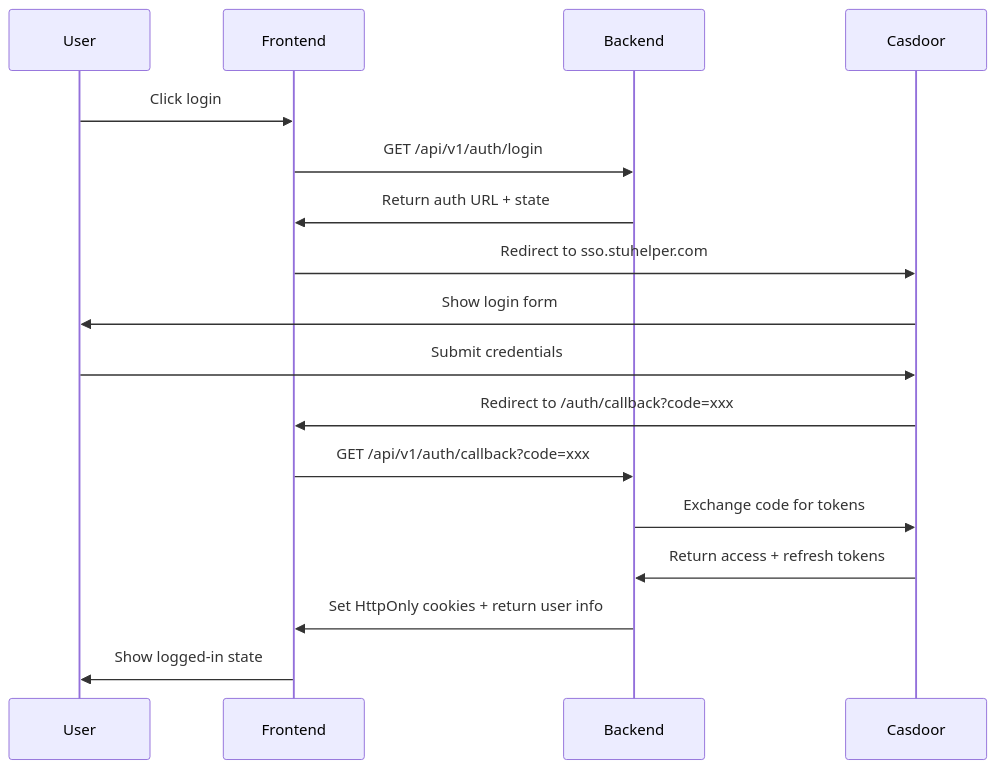
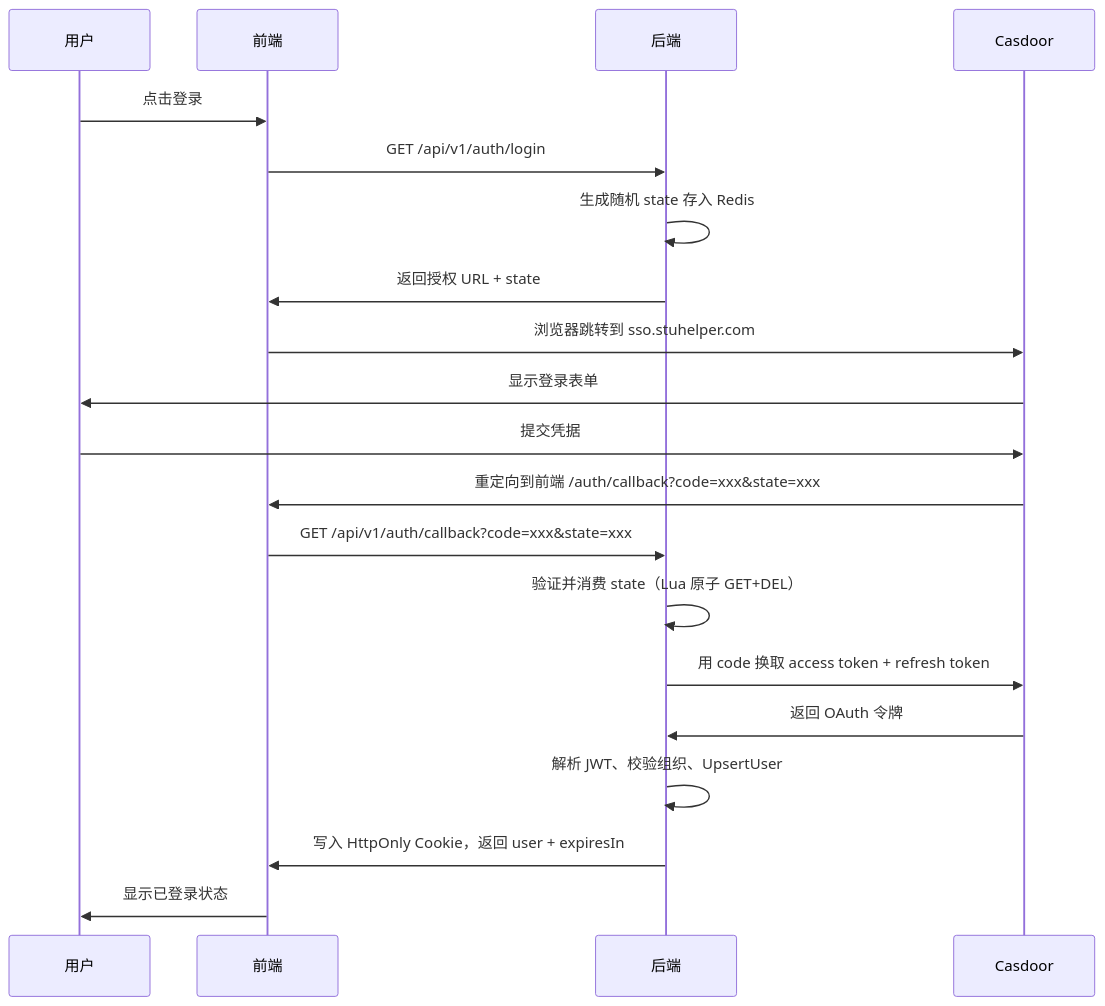
The diagram in docs/modules/auth/README.md (StuHelper/StuHelper), drawn with Mermaid before and after one commit. The commit also changed other lines of this file and 51 other files, not shown here.

````diff
--- a/docs/modules/auth/README.md
+++ b/docs/modules/auth/README.md
@@ -28,20 +26,23 @@
 ```mermaid
 sequenceDiagram
-    participant User
-    participant Frontend
-    participant Backend
-    participant Casdoor
+    participant U as 用户
+    participant F as 前端
+    participant B as 后端
+    participant C as Casdoor
 
-    User->>Frontend: Click login
-    Frontend->>Backend: GET /api/v1/auth/login
-    Backend->>Frontend: Return auth URL + state
-    Frontend->>Casdoor: Redirect to sso.stuhelper.com
-    Casdoor->>User: Show login form
-    User->>Casdoor: Submit credentials
-    Casdoor->>Frontend: Redirect to /auth/callback?code=xxx
-    Frontend->>Backend: GET /api/v1/auth/callback?code=xxx
-    Backend->>Casdoor: Exchange code for tokens
-    Casdoor->>Backend: Return access + refresh tokens
-    Backend->>Frontend: Set HttpOnly cookies + return user info
-    Frontend->>User: Show logged-in state
+    U->>F: 点击登录
+    F->>B: GET /api/v1/auth/login
+    B->>B: 生成随机 state 存入 Redis
+    B->>F: 返回授权 URL + state
+    F->>C: 浏览器跳转到 sso.stuhelper.com
+    C->>U: 显示登录表单
+    U->>C: 提交凭据
+    C->>F: 重定向到前端 /auth/callback?code=xxx&state=xxx
+    F->>B: GET /api/v1/auth/callback?code=xxx&state=xxx
+    B->>B: 验证并消费 state（Lua 原子 GET+DEL）
+    B->>C: 用 code 换取 access token + refresh token
+    C->>B: 返回 OAuth 令牌
+    B->>B: 解析 JWT、校验组织、UpsertUser
+    B->>F: 写入 HttpOnly Cookie，返回 user + expiresIn
+    F->>U: 显示已登录状态
 ```
````
